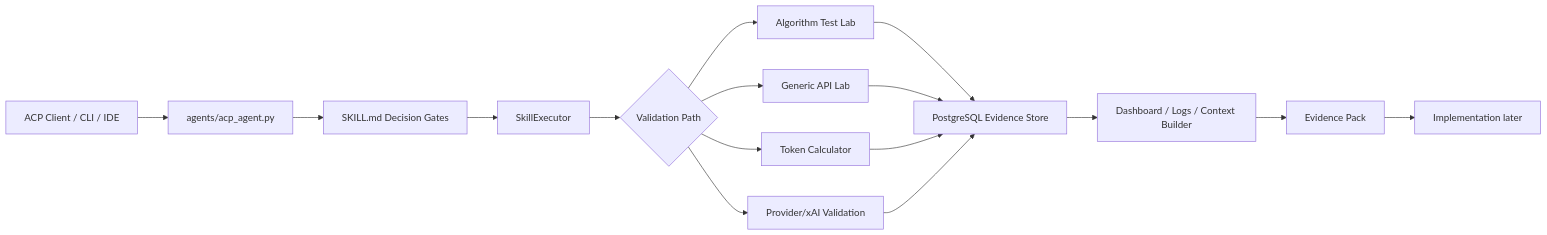
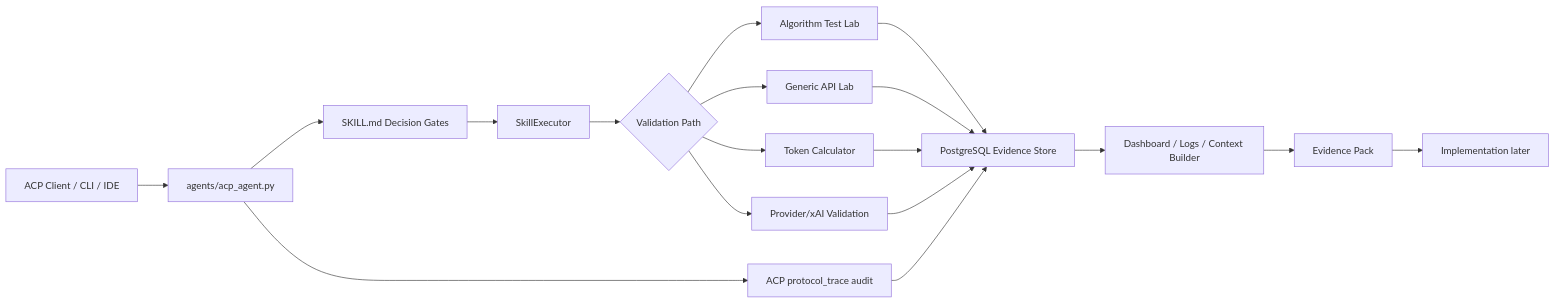
The first of 6 diagrams in docs/SYSTEM_DIAGRAM.md (maxishida/APIForgeKit), drawn with Mermaid before and after one commit. The commit also changed other lines of this file and 17 other files, not shown here.

````diff
--- a/docs/SYSTEM_DIAGRAM.md
+++ b/docs/SYSTEM_DIAGRAM.md
@@ -5,18 +5,20 @@
 ```mermaid
 flowchart LR
     A[ACP Client / CLI / IDE] --> B[agents/acp_agent.py]
     B --> C[SKILL.md Decision Gates]
+    B --> N[ACP protocol_trace audit]
     C --> D[SkillExecutor]
     D --> E{Validation Path}
     E --> F[Algorithm Test Lab]
     E --> G[Generic API Lab]
     E --> H[Token Calculator]
     E --> I[Provider/xAI Validation]
     F --> J[PostgreSQL Evidence Store]
     G --> J
     H --> J
     I --> J
+    N --> J
     J --> K[Dashboard / Logs / Context Builder]
     K --> L[Evidence Pack]
     L --> M[Implementation later]
 ```
````
